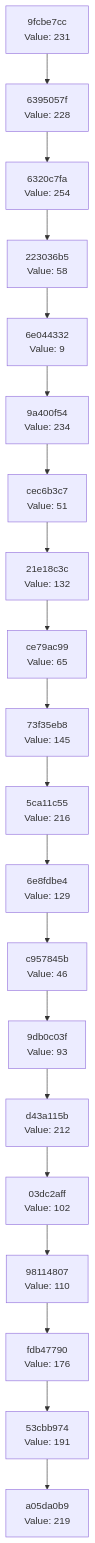
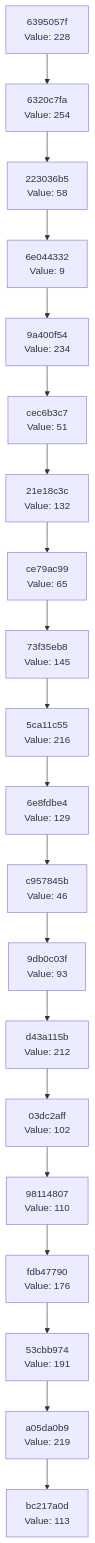
Before and after one commit to Abhisheksinha1506/hash-chain-evolver: the diagram in docs/CHAIN_VISUALIZATION.md, drawn with Mermaid. The commit also changed 2 other files, not shown here.

Commit message:
Evolution Step

````diff
--- a/docs/CHAIN_VISUALIZATION.md
+++ b/docs/CHAIN_VISUALIZATION.md
@@ -3,42 +3,42 @@
 ```mermaid
 graph TD
-    C0["a05da0b9<br/>Value: 219"]
-    C1["53cbb974<br/>Value: 191"]
+    C0["bc217a0d<br/>Value: 113"]
+    C1["a05da0b9<br/>Value: 219"]
     C1 --> C0
-    C2["fdb47790<br/>Value: 176"]
+    C2["53cbb974<br/>Value: 191"]
     C2 --> C1
-    C3["98114807<br/>Value: 110"]
+    C3["fdb47790<br/>Value: 176"]
     C3 --> C2
-    C4["03dc2aff<br/>Value: 102"]
+    C4["98114807<br/>Value: 110"]
     C4 --> C3
-    C5["d43a115b<br/>Value: 212"]
+    C5["03dc2aff<br/>Value: 102"]
     C5 --> C4
-    C6["9db0c03f<br/>Value: 93"]
+    C6["d43a115b<br/>Value: 212"]
     C6 --> C5
-    C7["c957845b<br/>Value: 46"]
+    C7["9db0c03f<br/>Value: 93"]
     C7 --> C6
-    C8["6e8fdbe4<br/>Value: 129"]
+    C8["c957845b<br/>Value: 46"]
     C8 --> C7
-    C9["5ca11c55<br/>Value: 216"]
+    C9["6e8fdbe4<br/>Value: 129"]
     C9 --> C8
-    C10["73f35eb8<br/>Value: 145"]
+    C10["5ca11c55<br/>Value: 216"]
     C10 --> C9
-    C11["ce79ac99<br/>Value: 65"]
+    C11["73f35eb8<br/>Value: 145"]
     C11 --> C10
-    C12["21e18c3c<br/>Value: 132"]
+    C12["ce79ac99<br/>Value: 65"]
     C12 --> C11
-    C13["cec6b3c7<br/>Value: 51"]
+    C13["21e18c3c<br/>Value: 132"]
     C13 --> C12
-    C14["9a400f54<br/>Value: 234"]
+    C14["cec6b3c7<br/>Value: 51"]
     C14 --> C13
-    C15["6e044332<br/>Value: 9"]
+    C15["9a400f54<br/>Value: 234"]
     C15 --> C14
-    C16["223036b5<br/>Value: 58"]
+    C16["6e044332<br/>Value: 9"]
     C16 --> C15
-    C17["6320c7fa<br/>Value: 254"]
+    C17["223036b5<br/>Value: 58"]
     C17 --> C16
-    C18["6395057f<br/>Value: 228"]
+    C18["6320c7fa<br/>Value: 254"]
     C18 --> C17
-    C19["9fcbe7cc<br/>Value: 231"]
+    C19["6395057f<br/>Value: 228"]
     C19 --> C18
 ```
````
